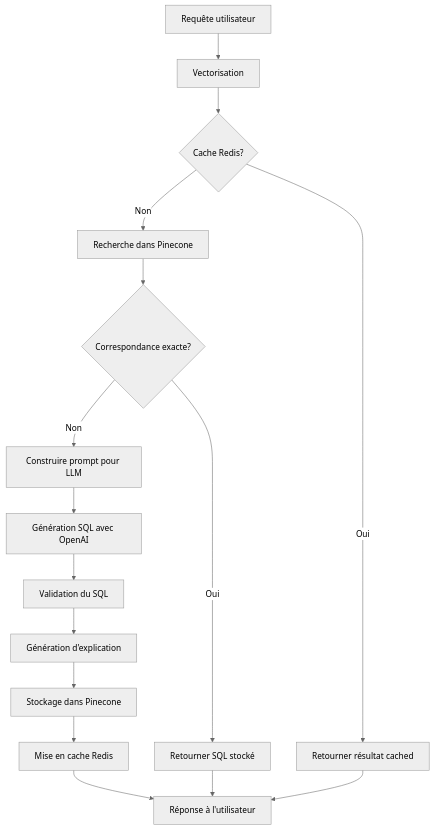
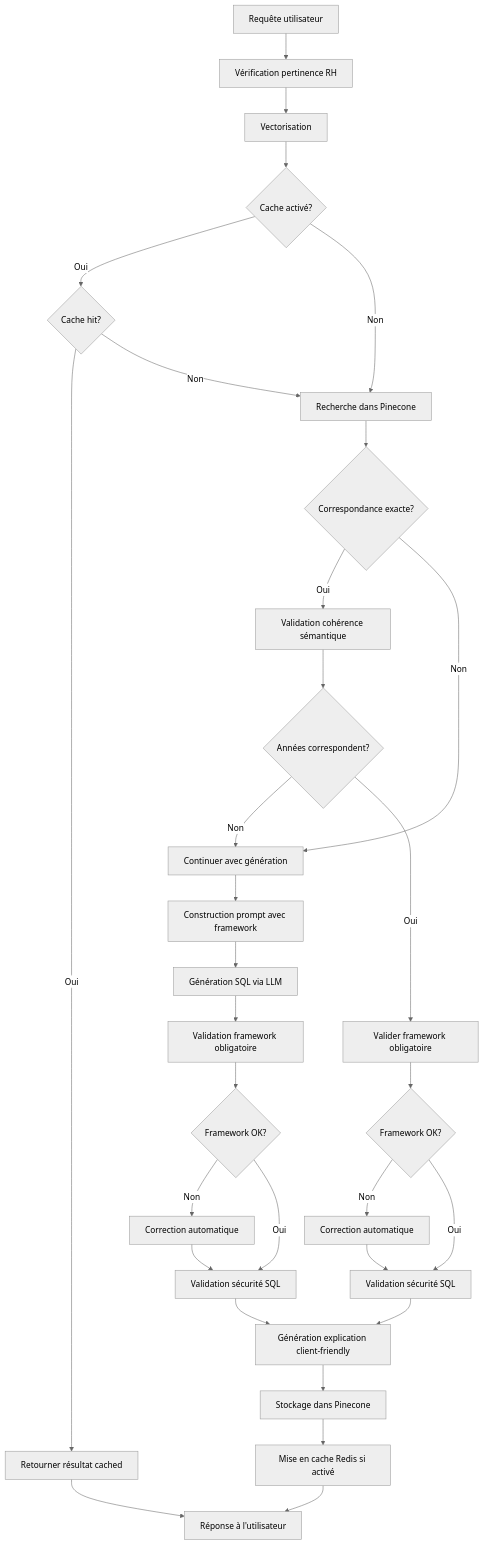
The diagram in README.md (Theosutra/api), drawn with Mermaid (neutral theme) before and after one commit. The commit also changed other lines of this file and 13 other files, not shown here.

````diff
--- a/README.md
+++ b/README.md
@@ -251,18 +327,33 @@
 ```mermaid
 graph TD
-    A[Requête utilisateur] --> B[Vectorisation]
-    B --> C{Cache Redis?}
-    C -->|Oui| D[Retourner résultat cached]
-    C -->|Non| E[Recherche dans Pinecone]
-    E --> F{Correspondance exacte?}
-    F -->|Oui| G[Retourner SQL stocké]
-    F -->|Non| H[Construire prompt pour LLM]
-    H --> I[Génération SQL avec OpenAI]
-    I --> J[Validation du SQL]
-    J --> K[Génération d'explication]
-    K --> L[Stockage dans Pinecone]
-    L --> M[Mise en cache Redis]
-    M --> N[Réponse à l'utilisateur]
-    G --> N
-    D --> N
+    A[Requête utilisateur] --> B[Vérification pertinence RH]
+    B --> C[Vectorisation]
+    C --> D{Cache activé?}
+    D -->|Oui| E{Cache hit?}
+    E -->|Oui| F[Retourner résultat cached]
+    E -->|Non| G[Recherche dans Pinecone]
+    D -->|Non| G
+    G --> H{Correspondance exacte?}
+    H -->|Oui| I[Validation cohérence sémantique]
+    I --> J{Années correspondent?}
+    J -->|Non| K[Continuer avec génération]
+    J -->|Oui| L[Valider framework obligatoire]
+    L --> M{Framework OK?}
+    M -->|Non| N[Correction automatique]
+    N --> O[Validation sécurité SQL]
+    M -->|Oui| O
+    H -->|Non| K
+    K --> P[Construction prompt avec framework]
+    P --> Q[Génération SQL via LLM]
+    Q --> R[Validation framework obligatoire]
+    R --> S{Framework OK?}
+    S -->|Non| T[Correction automatique]
+    T --> U[Validation sécurité SQL]
+    S -->|Oui| U
+    U --> V[Génération explication client-friendly]
+    V --> W[Stockage dans Pinecone]
+    W --> X[Mise en cache Redis si activé]
+    X --> Y[Réponse à l'utilisateur]
+    O --> V
+    F --> Y
 ```
````
